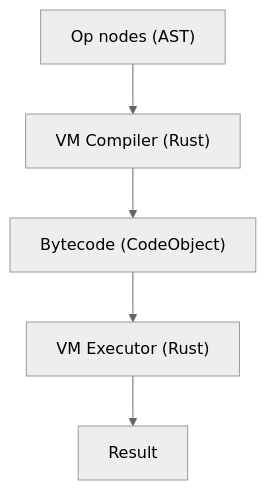
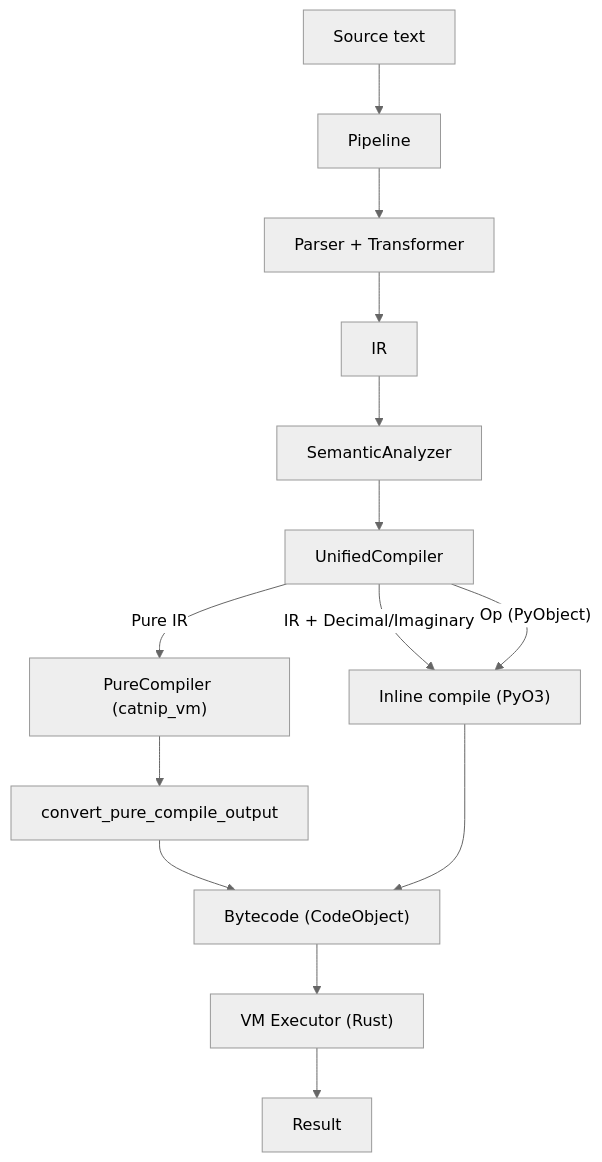
One commit to aristofor/catnip changed the first of 2 diagrams in docs/dev/VM.md. Above: the diagram before and after it, drawn with Mermaid (neutral theme). The commit also changed other lines of this file and 729 other files, not shown here.

````diff
--- a/docs/dev/VM.md
+++ b/docs/dev/VM.md
@@ -98,7 +162,16 @@
 ```mermaid
 flowchart TD
-    A["Op nodes (AST)"] --> B["VM Compiler (Rust)"]
-    B --> C["Bytecode (CodeObject)"]
-    C --> D["VM Executor (Rust)"]
-    D --> E["Result"]
+    A["Source text"] --> B["Pipeline"]
+    B --> B1["Parser + Transformer"]
+    B1 --> B2["IR"]
+    B2 --> SA["SemanticAnalyzer"]
+    SA --> UC["UnifiedCompiler"]
+    UC -->|"Pure IR"| PC["PureCompiler (catnip_vm)"]
+    UC -->|"IR + Decimal/Imaginary"| UC2["Inline compile (PyO3)"]
+    UC -->|"Op (PyObject)"| UC2
+    PC --> CONV["convert_pure_compile_output"]
+    CONV --> D["Bytecode (CodeObject)"]
+    UC2 --> D
+    D --> E["VM Executor (Rust)"]
+    E --> F["Result"]
 ```
````
